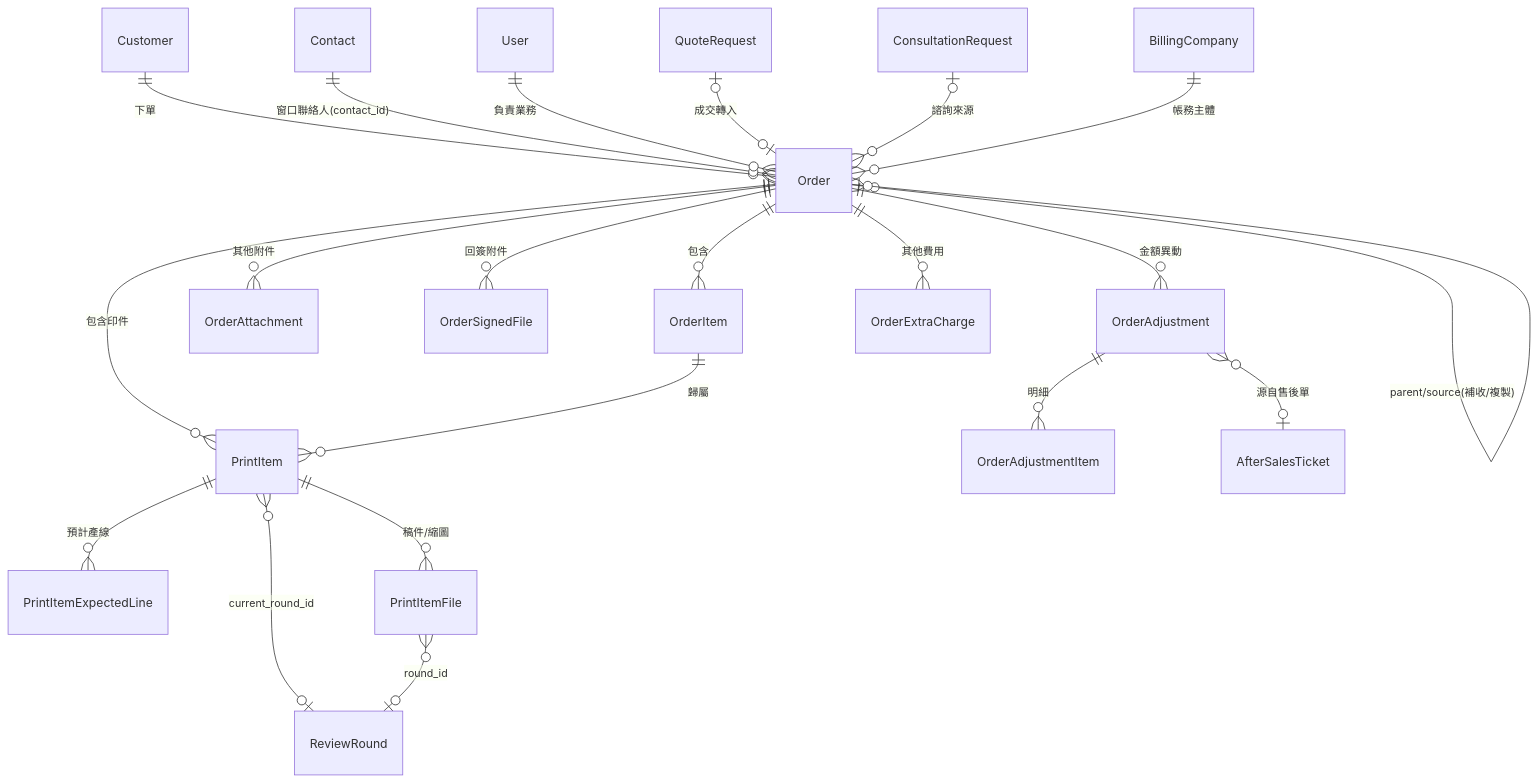
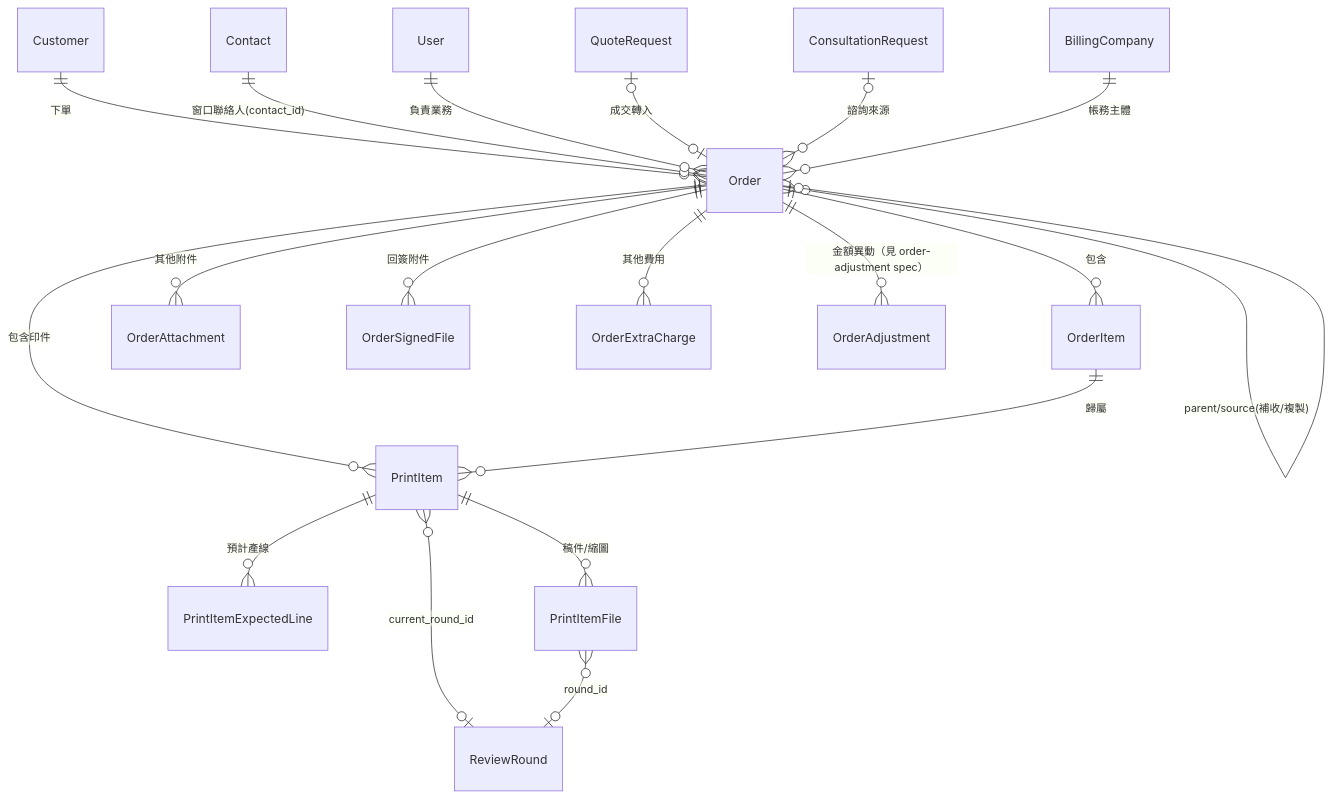
Before and after one commit to Kawato-Miles/erp-spec: the diagram in openspec/specs/order-management/spec.md, drawn with Mermaid. The commit also changed other lines of this file and 1 other file, not shown here.

Commit message:
refactor: 從 order-management 拆出 order-adjustment spec（異動 Requirement + Data Model）

````diff
--- a/openspec/specs/order-management/spec.md
+++ b/openspec/specs/order-management/spec.md
@@ -1820,25 +1555,23 @@
 ```mermaid
 erDiagram
     Order ||--o{ OrderItem : "包含"
     Order ||--o{ PrintItem : "包含印件"
     OrderItem ||--o{ PrintItem : "歸屬"
     PrintItem ||--o{ PrintItemExpectedLine : "預計產線"
     PrintItem ||--o{ PrintItemFile : "稿件/縮圖"
     PrintItem }o--o| ReviewRound : "current_round_id"
     PrintItemFile }o--o| ReviewRound : "round_id"
     Order ||--o{ OrderAttachment : "其他附件"
     Order ||--o{ OrderSignedFile : "回簽附件"
 
-    Order ||--o{ OrderAdjustment : "金額異動"
-    OrderAdjustment ||--o{ OrderAdjustmentItem : "明細"
-    OrderAdjustment }o--o| AfterSalesTicket : "源自售後單"
     Order ||--o{ OrderExtraCharge : "其他費用"
+    Order ||--o{ OrderAdjustment : "金額異動（見 order-adjustment spec）"
 
     Customer ||--o{ Order : "下單"
     Contact ||--o{ Order : "窗口聯絡人(contact_id)"
     User ||--o{ Order : "負責業務"
     QuoteRequest |o--o| Order : "成交轉入"
     ConsultationRequest |o--o{ Order : "諮詢來源"
     BillingCompany ||--o{ Order : "帳務主體"
     Order }o--o| Order : "parent/source(補收/複製)"
 ```
````
